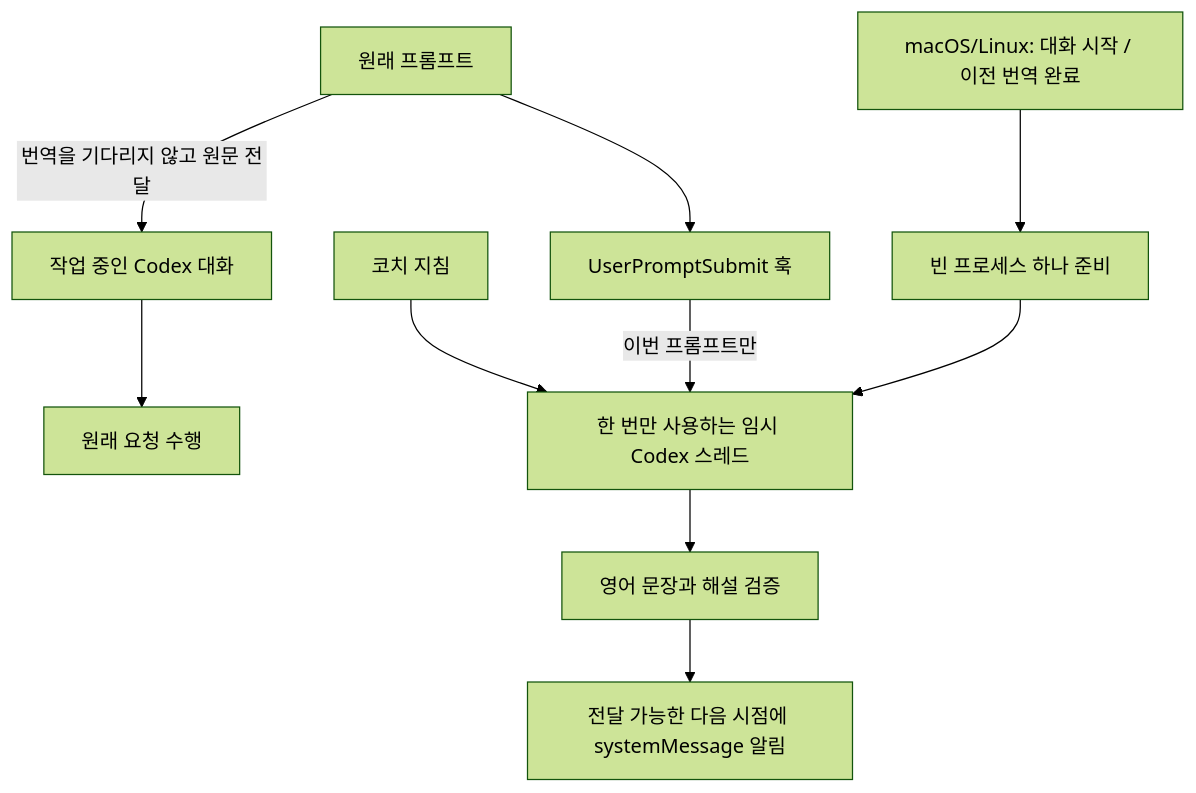
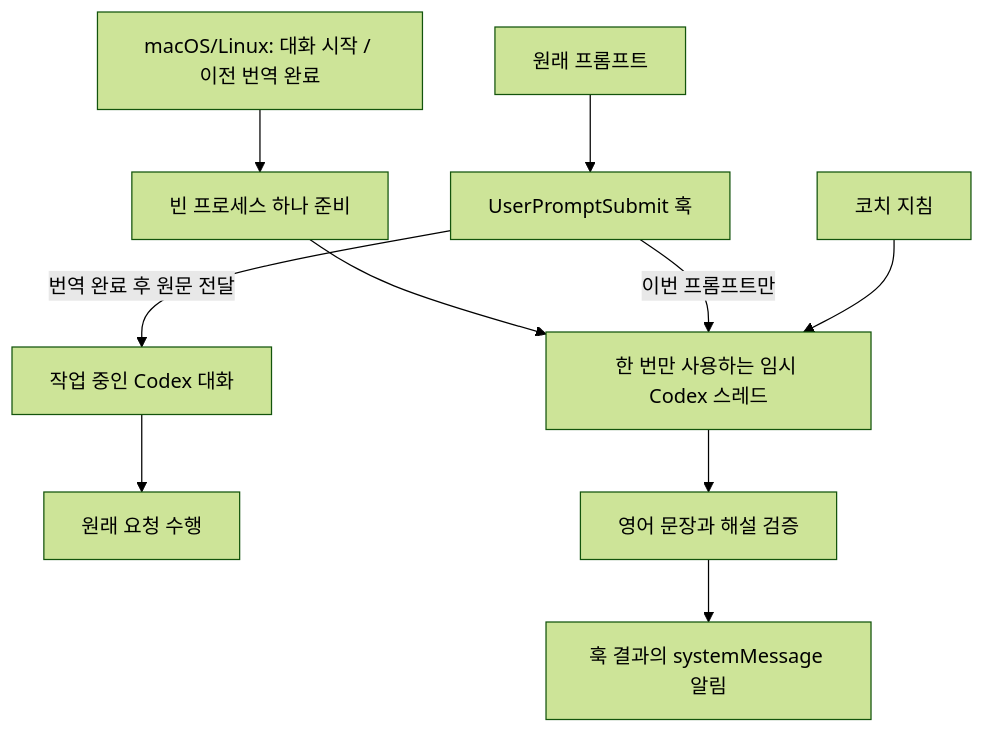
One commit to sngchlko/dev-lingo changed the diagram in README.ko.md. Above: the diagram before and after it, drawn with Mermaid (forest theme). The commit also changed other lines of this file and 7 other files, not shown here.

````diff
--- a/README.ko.md
+++ b/README.ko.md
@@ -199,12 +199,12 @@
 ```mermaid
 flowchart TD
     S["macOS/Linux: 대화 시작 / 이전 번역 완료"] --> P["빈 프로세스 하나 준비"]
     U["원래 프롬프트"] --> H["UserPromptSubmit 훅"]
-    U -->|"번역을 기다리지 않고 원문 전달"| M["작업 중인 Codex 대화"]
+    H -->|"번역 완료 후 원문 전달"| M["작업 중인 Codex 대화"]
     M --> W["원래 요청 수행"]
     P --> T["한 번만 사용하는 임시 Codex 스레드"]
     H -->|"이번 프롬프트만"| T
     C["코치 지침"] --> T
     T --> V["영어 문장과 해설 검증"]
-    V --> N["전달 가능한 다음 시점에 systemMessage 알림"]
+    V --> N["훅 결과의 systemMessage 알림"]
 ```
````
